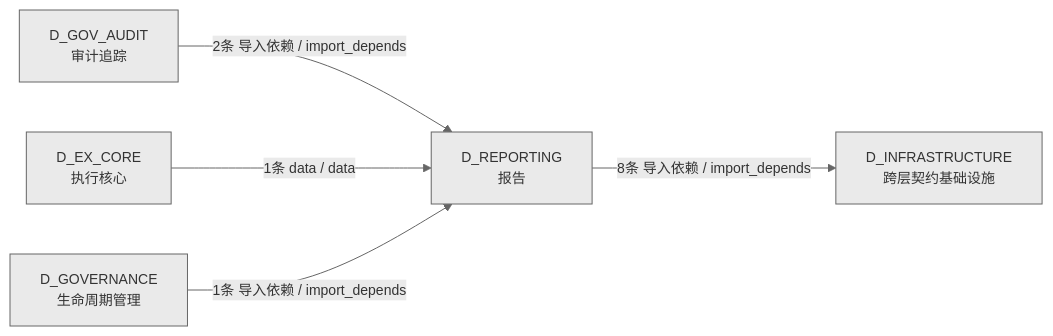
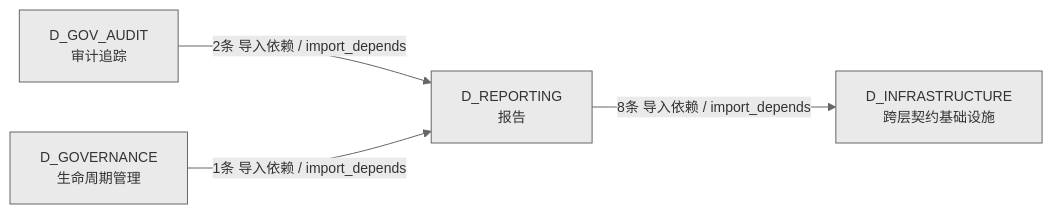
One commit to xuanFelixVan/ZephyrAlpha changed the second of 2 diagrams in docs/02_enterprise_architecture/02_domain_architecture_docs/26_d_reporting.md. Above: the diagram before and after it, drawn with Mermaid. The commit also changed other lines of this file and 77 other files, not shown here.

````diff
--- a/docs/02_enterprise_architecture/02_domain_architecture_docs/26_d_reporting.md
+++ b/docs/02_enterprise_architecture/02_domain_architecture_docs/26_d_reporting.md
@@ -152,13 +111,11 @@
 ```mermaid
 %%{init: {'theme': 'base', 'themeVariables': {'primaryColor': '#eaeaea', 'primaryTextColor': '#333333', 'primaryBorderColor': '#666666', 'lineColor': '#666666', 'secondaryColor': '#eaeaea', 'tertiaryColor': '#eaeaea', 'fontSize': '14px'}}}%%
 graph LR
     D_REPORTING["D_REPORTING<br/>报告"]
     D_INFRASTRUCTURE["D_INFRASTRUCTURE<br/>跨层契约基础设施"]
     D_GOV_AUDIT["D_GOV_AUDIT<br/>审计追踪"]
-    D_EX_CORE["D_EX_CORE<br/>执行核心"]
     D_GOVERNANCE["D_GOVERNANCE<br/>生命周期管理"]
     D_REPORTING -->|8条 导入依赖 / import_depends| D_INFRASTRUCTURE
     D_GOV_AUDIT -->|2条 导入依赖 / import_depends| D_REPORTING
-    D_EX_CORE -->|1条 data / data| D_REPORTING
     D_GOVERNANCE -->|1条 导入依赖 / import_depends| D_REPORTING
 ```
````
